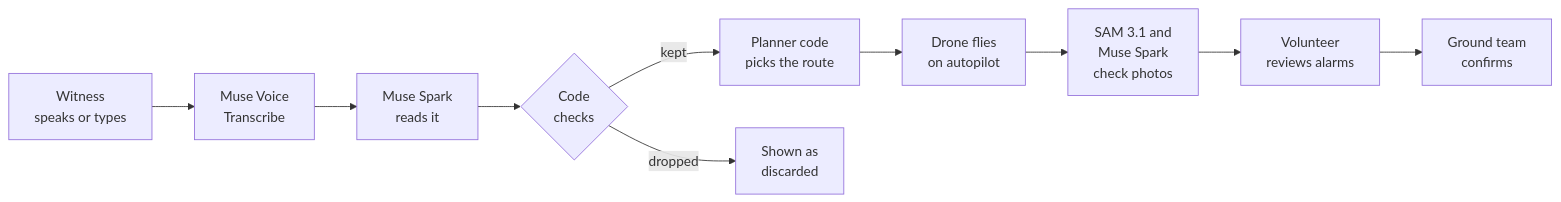
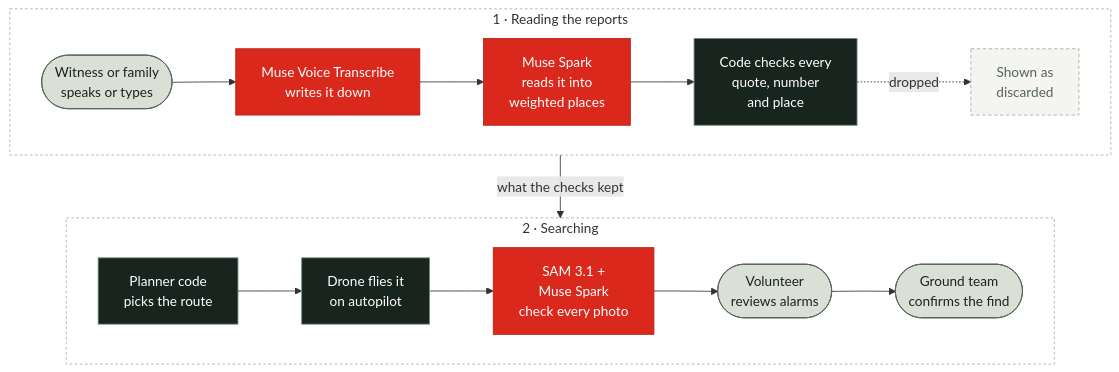
One commit to h-a-forster/lastseen changed the diagram in README.md. Above: the diagram before and after it, drawn with Mermaid. The commit also changed other lines of this file and 2 other files, not shown here.

Commit message:
README: results chart, clearer diagram, quick links and the permission note

````diff
--- a/README.md
+++ b/README.md
@@ -84,6 +92,19 @@
 ```mermaid
-flowchart LR
-  A["Witness<br/>speaks or types"] --> B["Muse Voice<br/>Transcribe"] --> C["Muse Spark<br/>reads it"] --> D{"Code<br/>checks"}
-  D -- kept --> E["Planner code<br/>picks the route"] --> F["Drone flies<br/>on autopilot"] --> G["SAM 3.1 and<br/>Muse Spark<br/>check photos"] --> H["Volunteer<br/>reviews alarms"] --> I["Ground team<br/>confirms"]
-  D -- dropped --> X["Shown as<br/>discarded"]
+flowchart TB
+  subgraph read ["1 · Reading the reports"]
+    direction LR
+    A(["Witness or family<br/>speaks or types"]):::person --> B["Muse Voice Transcribe<br/>writes it down"]:::meta --> C["Muse Spark<br/>reads it into<br/>weighted places"]:::meta --> D["Code checks every<br/>quote, number<br/>and place"]:::code
+    D -. dropped .-> X["Shown as<br/>discarded"]:::muted
+  end
+  subgraph search ["2 · Searching"]
+    direction LR
+    E["Planner code<br/>picks the route"]:::code --> F["Drone flies it<br/>on autopilot"]:::code --> G["SAM 3.1 +<br/>Muse Spark<br/>check every photo"]:::meta --> H(["Volunteer<br/>reviews alarms"]):::person --> I(["Ground team<br/>confirms the find"]):::person
+  end
+  read -- "what the checks kept" --> search
+  classDef meta fill:#da291c,stroke:#b51f14,color:#ffffff,stroke-width:1px
+  classDef code fill:#18241e,stroke:#72857a,color:#ffffff
+  classDef person fill:#dbe0d7,stroke:#56635a,color:#18241e
+  classDef muted fill:#f4f5f1,stroke:#a2ada0,color:#56635a,stroke-dasharray:4 3
+  style read fill:none,stroke:#a2ada0,stroke-dasharray:3 3
+  style search fill:none,stroke:#a2ada0,stroke-dasharray:3 3
 ```
````
